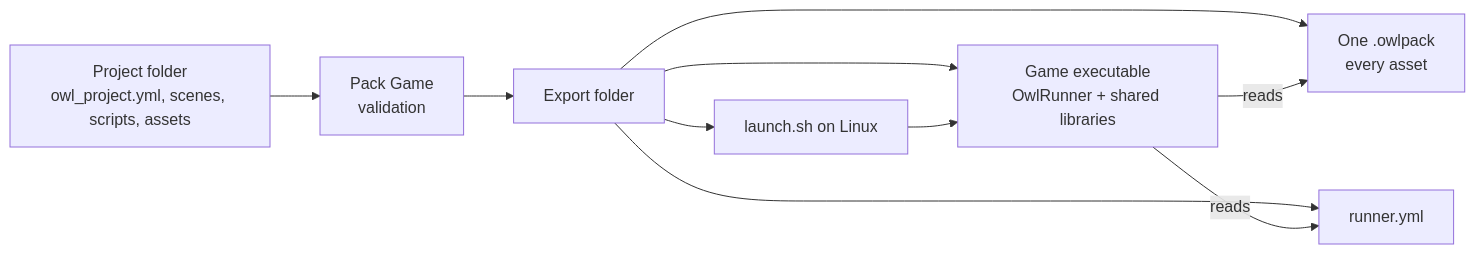
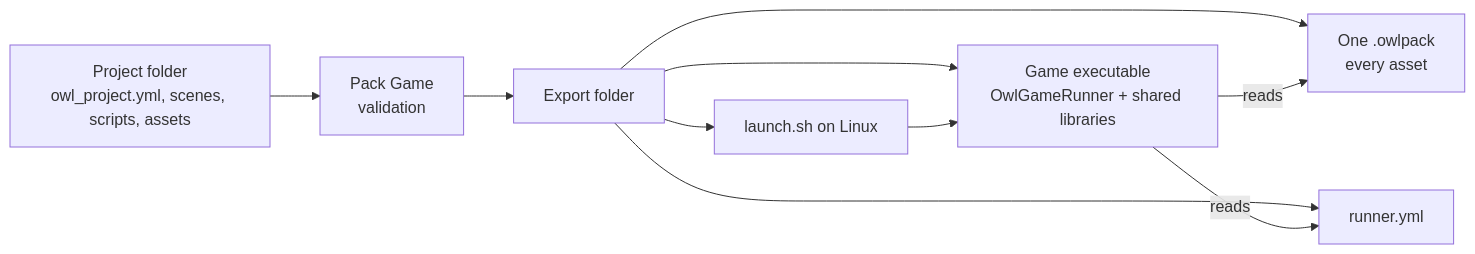
The diagram in doc/pages/getting_started.md (Silmaen/Owl), drawn with Mermaid before and after one commit. The commit also changed 41 other files, not shown here.

Commit message:
Move Slang to OwlShaderCompiler, add shader targets and a game runner without Slang

````diff
--- a/doc/pages/getting_started.md
+++ b/doc/pages/getting_started.md
@@ -44,12 +44,12 @@
 ```mermaid
 flowchart LR
     P[Project folder<br/>owl_project.yml, scenes, scripts, assets] --> E[Pack Game<br/>validation]
     E --> F[Export folder]
-    F --> X[Game executable<br/>OwlRunner + shared libraries]
+    F --> X[Game executable<br/>OwlGameRunner + shared libraries]
     F --> K[One .owlpack<br/>every asset]
     F --> R[runner.yml]
     F --> L[launch.sh on Linux]
     L --> X
     X -->|reads| K
     X -->|reads| R
 ```
````
